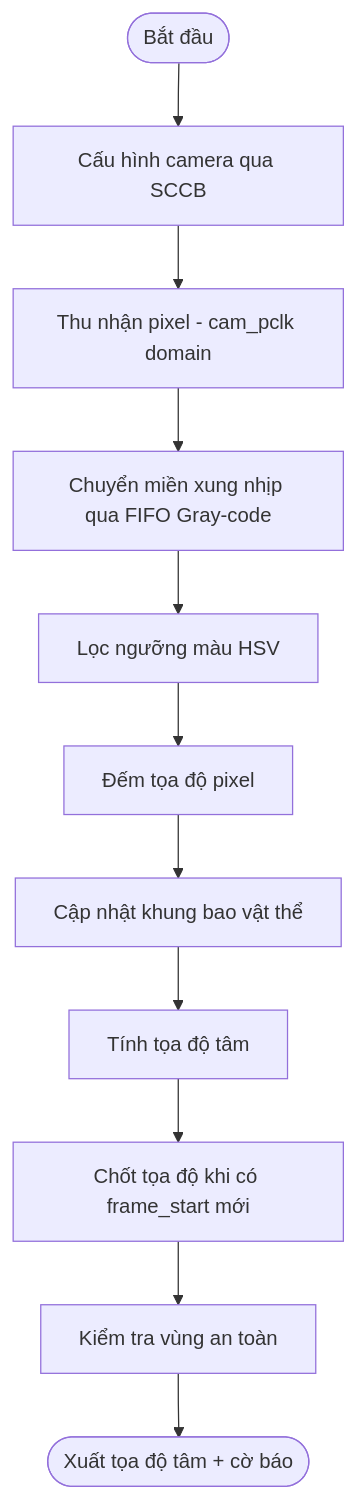
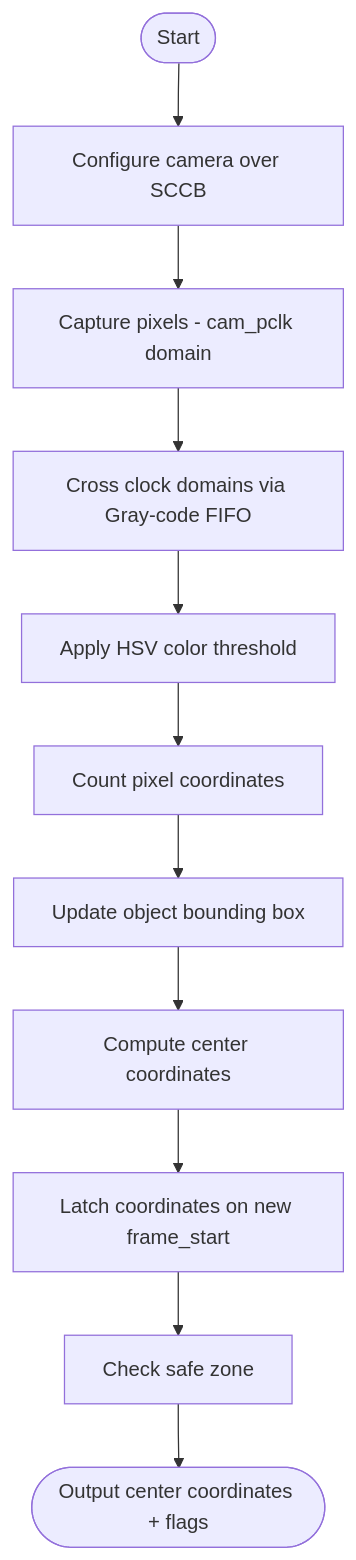
Before and after one commit to HoaqThan/FPGA-Color-Tracking: the third of 4 diagrams in README.md, drawn with Mermaid. The commit also changed other lines of this file, not shown here.

````diff
--- a/README.md
+++ b/README.md
@@ -348,26 +348,26 @@
 ```mermaid
 flowchart TD
 
-Start([Bắt đầu])
-Config[Cấu hình camera qua SCCB]
-Capture[Thu nhận pixel - cam_pclk domain]
-CDC[Chuyển miền xung nhịp qua FIFO Gray-code]
-HSV[Lọc ngưỡng màu HSV]
-XY[Đếm tọa độ pixel]
-BBox[Cập nhật khung bao vật thể]
-Center[Tính tọa độ tâm]
-Latch[Chốt tọa độ khi có frame_start mới]
-Safe[Kiểm tra vùng an toàn]
-Output([Xuất tọa độ tâm + cờ báo])
+Start([Start])
+Config[Configure camera over SCCB]
+Capture[Capture pixels - cam_pclk domain]
+CDC[Cross clock domains via Gray-code FIFO]
+HSV[Apply HSV color threshold]
+XY[Count pixel coordinates]
+BBox[Update object bounding box]
+Center[Compute center coordinates]
+Latch[Latch coordinates on new frame_start]
+Safe[Check safe zone]
+Output([Output center coordinates + flags])
 
 Start --> Config
 Config --> Capture
 Capture --> CDC
 CDC --> HSV
 HSV --> XY
 XY --> BBox
 BBox --> Center
 Center --> Latch
 Latch --> Safe
 Safe --> Output
 ```
````
